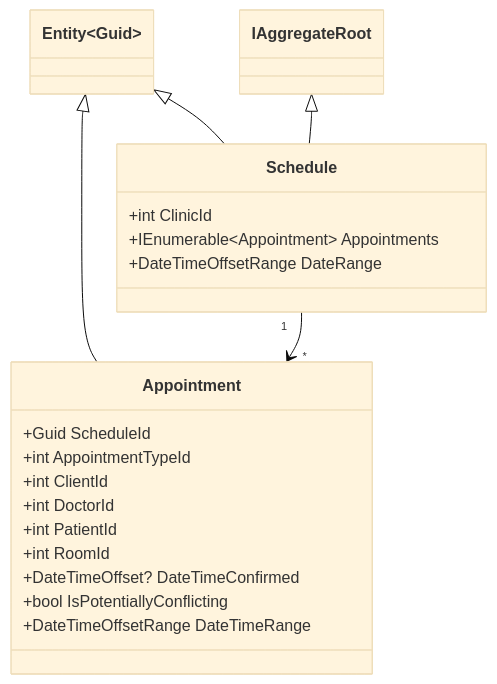
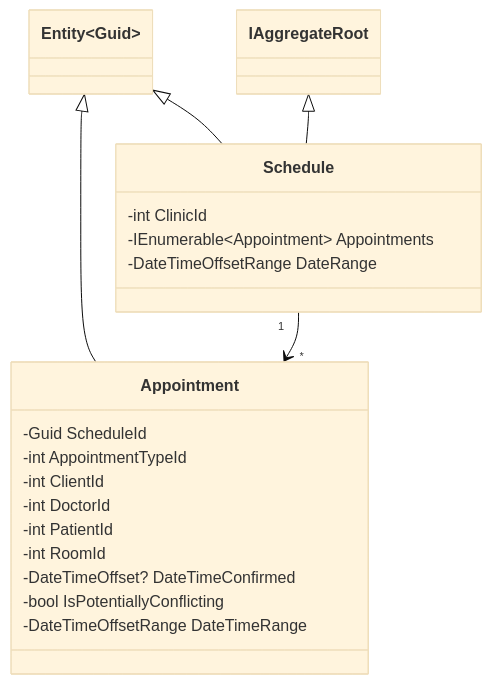
Before and after one commit to pirocorp/Object-Oriented-Design: the fifth of 5 diagrams in 13. DDD/Applying Aggregates and Associations.md, drawn with Mermaid (base theme). The commit also changed other lines of this file, not shown here.

Commit message:
Update Applying Aggregates and Associations.md

````diff
--- a/13. DDD/Applying Aggregates and Associations.md
+++ b/13. DDD/Applying Aggregates and Associations.md
@@ -167,24 +167,24 @@
 ```mermaid
   classDiagram
     Schedule "1" --> "*" Appointment
   
     Entity~Guid~ <|-- Appointment
     Entity~Guid~ <|-- Schedule
     IAggregateRoot <|-- Schedule
     
     class Schedule
-    Schedule : +int ClinicId
-    Schedule : +IEnumerable~Appointment~ Appointments
-    Schedule : +DateTimeOffsetRange DateRange
+    Schedule : -int ClinicId
+    Schedule : -IEnumerable~Appointment~ Appointments
+    Schedule : -DateTimeOffsetRange DateRange
     
     class Appointment
-    Appointment : +Guid ScheduleId
-    Appointment : +int AppointmentTypeId
-    Appointment : +int ClientId
-    Appointment : +int DoctorId
-    Appointment : +int PatientId
-    Appointment : +int RoomId
-    Appointment : +DateTimeOffset? DateTimeConfirmed
-    Appointment : +bool IsPotentiallyConflicting
-    Appointment : +DateTimeOffsetRange DateTimeRange
+    Appointment : -Guid ScheduleId
+    Appointment : -int AppointmentTypeId
+    Appointment : -int ClientId
+    Appointment : -int DoctorId
+    Appointment : -int PatientId
+    Appointment : -int RoomId
+    Appointment : -DateTimeOffset? DateTimeConfirmed
+    Appointment : -bool IsPotentiallyConflicting
+    Appointment : -DateTimeOffsetRange DateTimeRange
 ```
````
